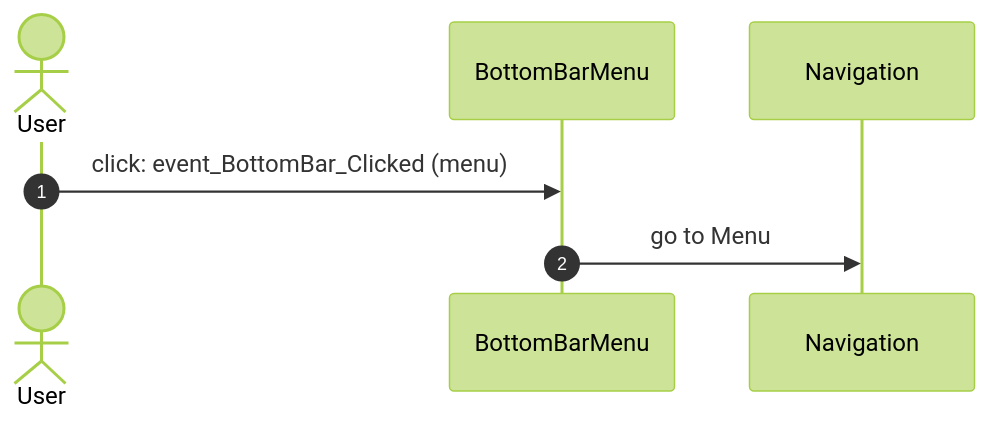
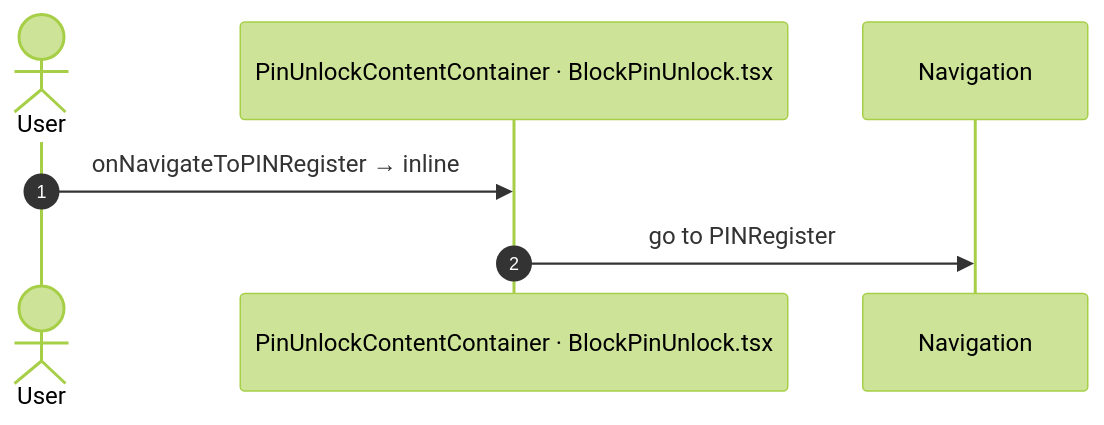
Before and after one commit to Phoenix-DX/connect-new-ui: the ninth of 13 diagrams in migration/route-actions/APP_SHELL.md, drawn with Mermaid (forest theme). The commit also changed other lines of this file and 9 other files, not shown here.

Commit message:
route actions: facts only; user actions as two independent lists (OutSystems view bindings, React JSX bindings) with Mermaid sequences; factual call columns (direct caller, chains, React references); app shell by definition (survey shell, main.tsx code); constants read for React paths

````diff
--- a/migration/route-actions/APP_SHELL.md
+++ b/migration/route-actions/APP_SHELL.md
@@ -270,9 +223,9 @@
 ```mermaid
 sequenceDiagram
   autonumber
   actor U as User
-  participant B as BottomBarMenu
+  participant H as PinUnlockContentContainer · BlockPinUnlock.tsx
   participant N as Navigation
-  U->>B: click: event_BottomBar_Clicked (menu)
-  B->>N: go to Menu
+  U->>H: onNavigateToPINRegister → inline
+  H->>N: go to PINRegister
 ```
````
